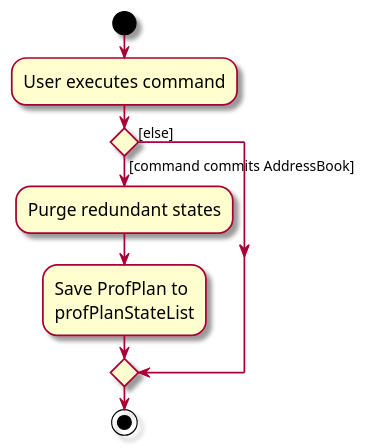
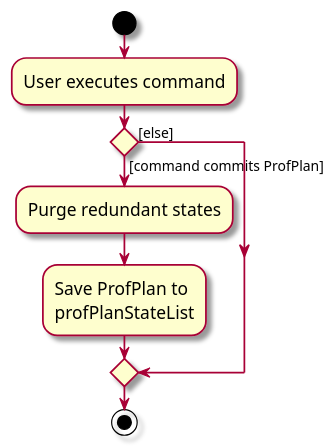
One commit to yarnmengnus/tp changed the diagram in docs/diagrams/CommitActivityDiagram.puml. Above: the diagram before and after it, drawn with PlantUML. The commit also changed 60 other files, not shown here.

```diff
--- a/docs/diagrams/CommitActivityDiagram.puml
+++ b/docs/diagrams/CommitActivityDiagram.puml
@@ -1,18 +1,18 @@
 @startuml
 skin rose
 skinparam ActivityFontSize 15
 skinparam ArrowFontSize 12
 start
 :User executes command;
 
 'Since the beta syntax does not support placing the condition outside the
 'diamond we place it as the true branch instead.
 
-if () then ([command commits AddressBook])
+if () then ([command commits ProfPlan])
     :Purge redundant states;
     :Save ProfPlan to
     profPlanStateList;
 else ([else])
 endif
 stop
 @enduml
```
